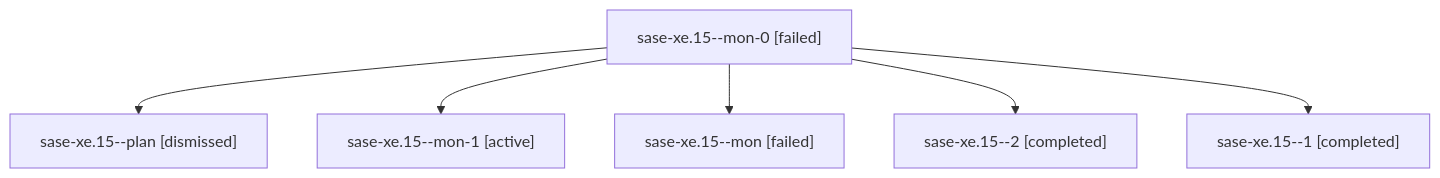
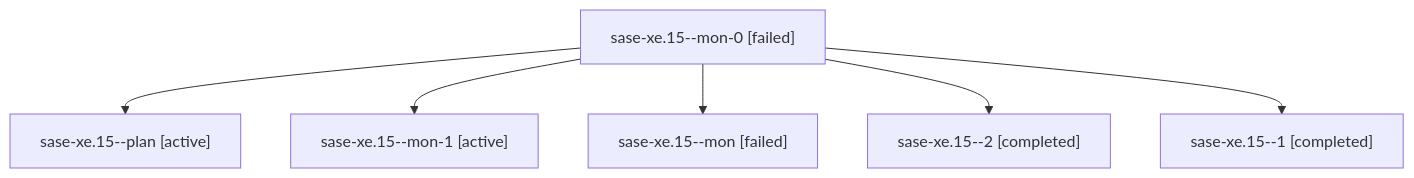
Before and after one commit to sase-org/sase--agents: the diagram in families/bbugyi200.athena.sase-xe.15.md, drawn with Mermaid. The commit also changed other lines of this file and 288 other files, not shown here.

````diff
--- a/families/bbugyi200.athena.sase-xe.15.md
+++ b/families/bbugyi200.athena.sase-xe.15.md
@@ -9,14 +9,14 @@
 ```mermaid
 flowchart TD
   n0["sase-xe.15--mon-0 [failed]"]
-  n1["sase-xe.15--plan [dismissed]"]
+  n1["sase-xe.15--plan [active]"]
   n0 --> n1
   n2["sase-xe.15--mon-1 [active]"]
   n0 --> n2
   n3["sase-xe.15--mon [failed]"]
   n0 --> n3
   n4["sase-xe.15--2 [completed]"]
   n0 --> n4
   n5["sase-xe.15--1 [completed]"]
   n0 --> n5
 ```
````
